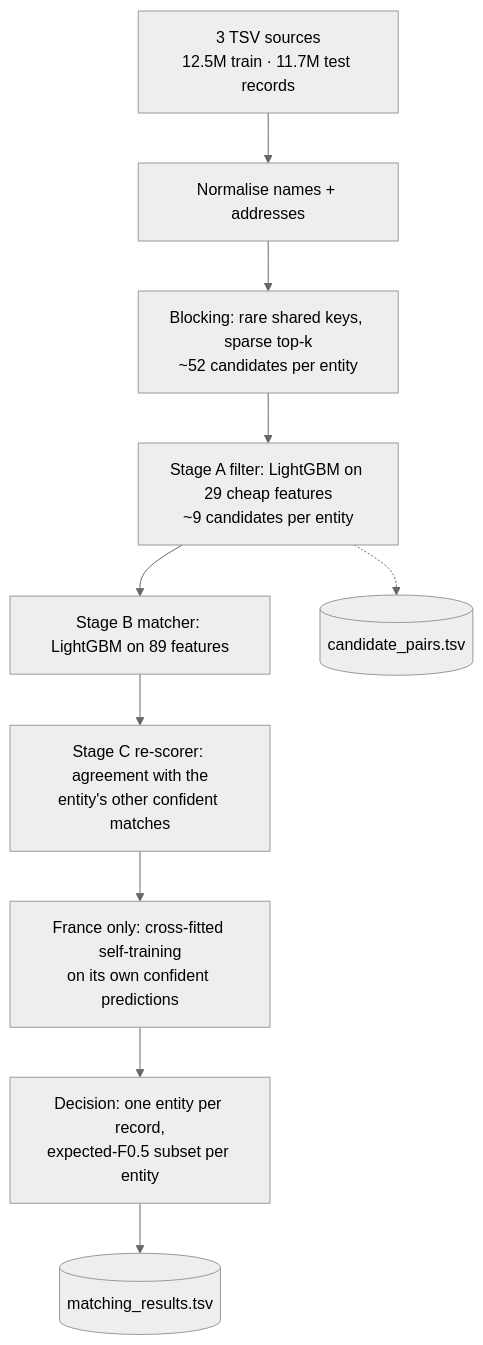
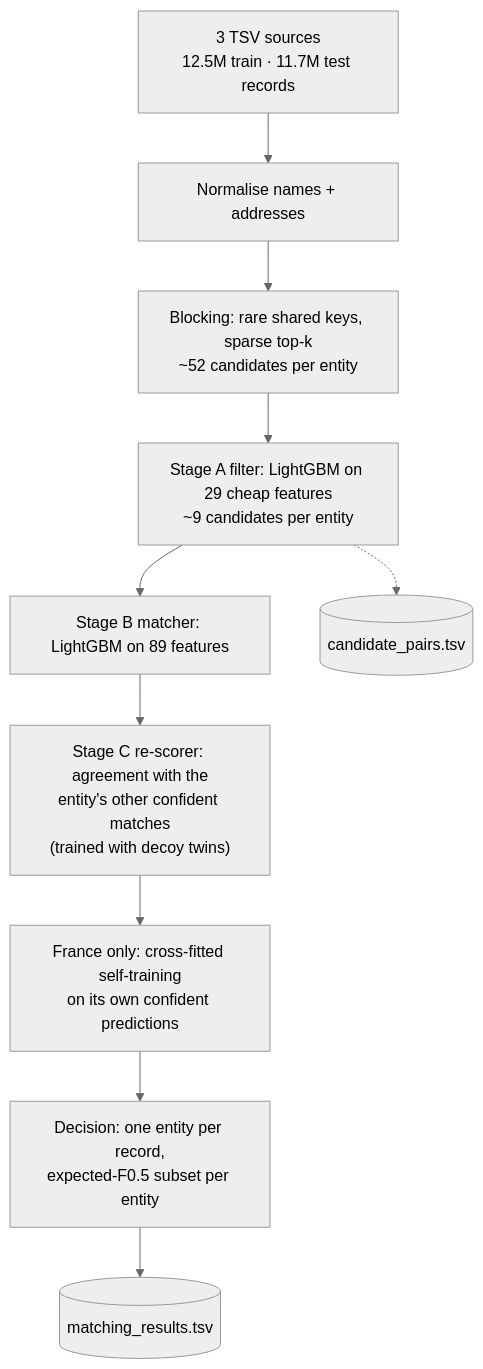
Before and after one commit to Param-M/Amazon_ML_Challenge: the diagram in README.md, drawn with Mermaid (neutral theme). The commit also changed other lines of this file and 5 other files, not shown here.

First line of the commit message:
Fix the leaderboard drop: decoy-twin stage C and decoy-shift cap (v3)

````diff
--- a/README.md
+++ b/README.md
@@ -93,12 +97,12 @@
 ```mermaid
 flowchart TD
     A["3 TSV sources<br/>12.5M train · 11.7M test records"] --> B["Normalise names + addresses"]
     B --> C["Blocking: rare shared keys, sparse top-k<br/>~52 candidates per entity"]
     C --> D["Stage A filter: LightGBM on 29 cheap features<br/>~9 candidates per entity"]
     D --> E["Stage B matcher: LightGBM on 89 features"]
-    E --> S["Stage C re-scorer: agreement with the<br/>entity's other confident matches"]
+    E --> S["Stage C re-scorer: agreement with the<br/>entity's other confident matches<br/>(trained with decoy twins)"]
     S --> T["France only: cross-fitted self-training<br/>on its own confident predictions"]
     T --> F["Decision: one entity per record,<br/>expected-F0.5 subset per entity"]
     D -.-> G[("candidate_pairs.tsv")]
     F --> H[("matching_results.tsv")]
 ```
````
